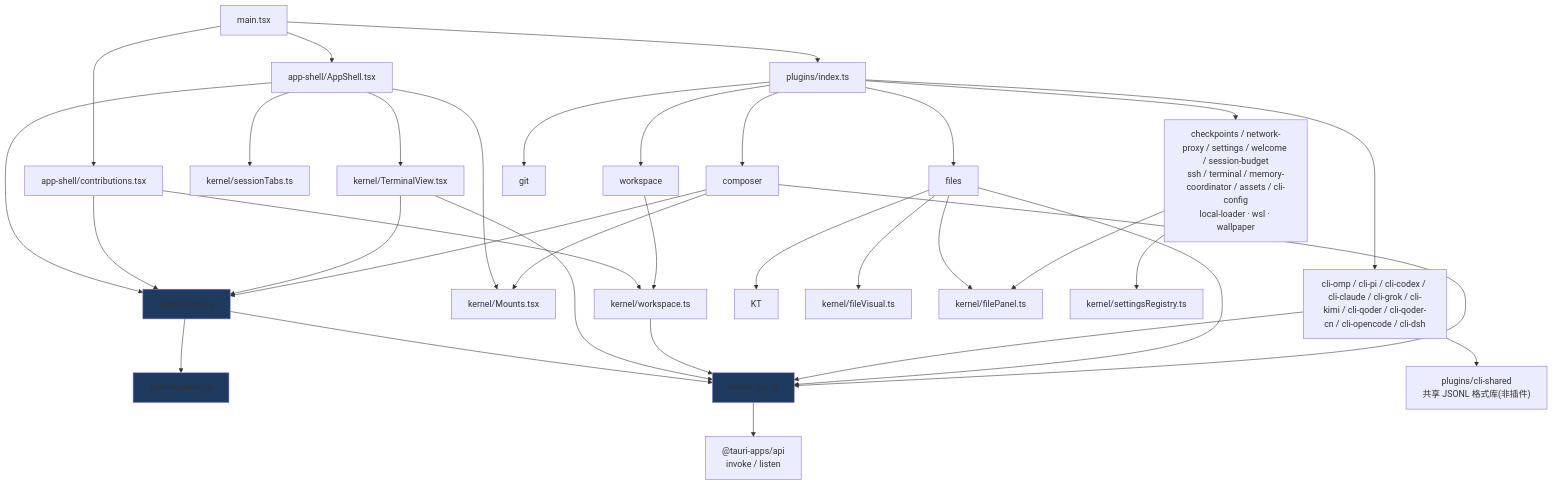
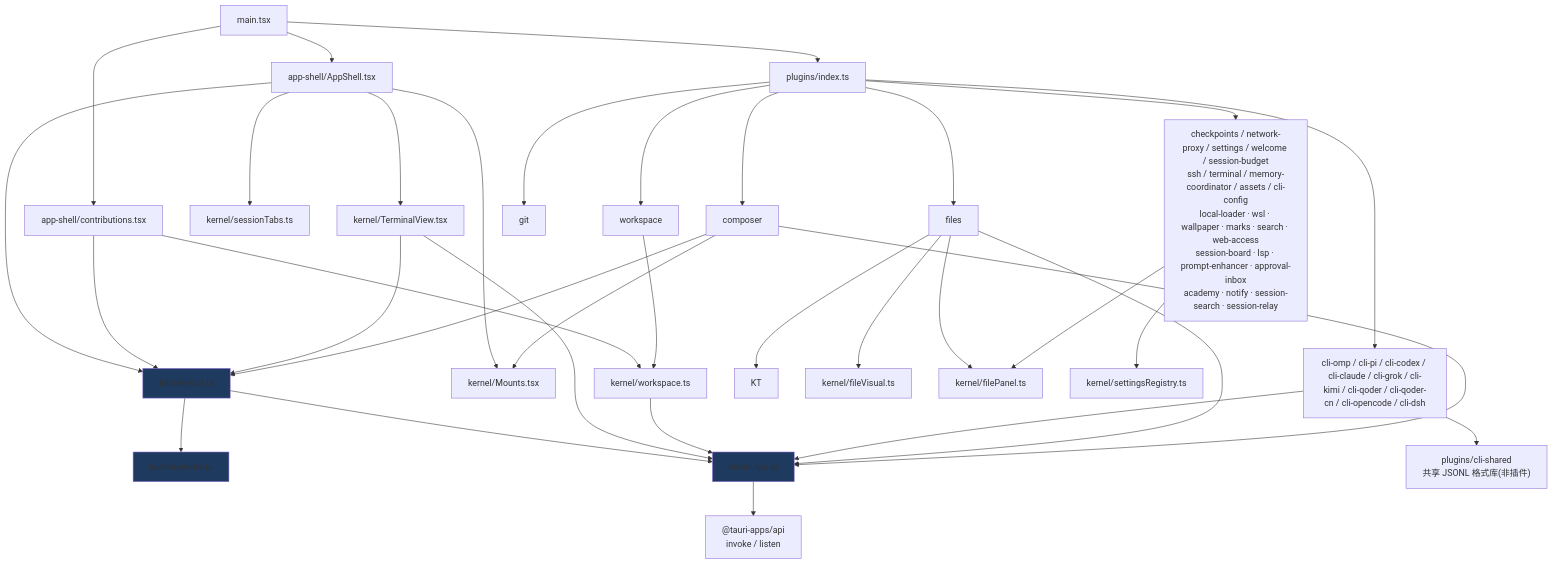
The eighth of 8 diagrams in docs/architecture/02-code-architecture.md (chenxiangning/tmd-cli), drawn with Mermaid before and after one commit. The commit also changed other lines of this file and 31 other files, not shown here.

Commit message:
docs: 全量文档对码 v0.2.4——architecture 计数与图面重写、worktree 契约档 16 新建、FEATURES/README/README_EN 增量域补齐、十案归档收口

````diff
--- a/docs/architecture/02-code-architecture.md
+++ b/docs/architecture/02-code-architecture.md
@@ -440,39 +463,39 @@
 ```mermaid
 flowchart TD
     M["main.tsx"] --> AS["app-shell/AppShell.tsx"]
     M --> CT["app-shell/contributions.tsx"]
     M --> PI["plugins/index.ts"]
 
     AS --> KH["kernel/host.ts"]
     AS --> KM["kernel/Mounts.tsx"]
     AS --> KTV["kernel/TerminalView.tsx"]
     AS --> KST["kernel/sessionTabs.ts"]
     CT --> KH
     CT --> KW["kernel/workspace.ts"]
 
     PI --> P1["cli-omp / cli-pi / cli-codex / cli-claude / cli-grok / cli-kimi / cli-qoder / cli-qoder-cn / cli-opencode / cli-dsh"]
     PI --> P2["workspace"]
     PI --> P3["files"]
     PI --> P4["git"]
     PI --> P5["composer"]
-    PI --> P6["checkpoints / network-proxy / settings / welcome / session-budget<br/>ssh / terminal / memory-coordinator / assets / cli-config<br/>local-loader · wsl · wallpaper"]
+    PI --> P6["checkpoints / network-proxy / settings / welcome / session-budget<br/>ssh / terminal / memory-coordinator / assets / cli-config<br/>local-loader · wsl · wallpaper · marks · search · web-access<br/>session-board · lsp · prompt-enhancer · approval-inbox<br/>academy · notify · session-search · session-relay"]
 
     KH --> KE["kernel/events.ts"]
     KH --> KI["kernel/ipc.ts"]
     KTV --> KI
     KTV --> KH
     KW --> KI
 
     P1 --> KI
     P1 --> SH["plugins/cli-shared<br/>共享 JSONL 格式库(非插件)"]
     P2 --> KW
     P3 --> KI & KT & KFV["kernel/fileVisual.ts"] & KFP["kernel/filePanel.ts"]
     P6 --> KFP & KSR["kernel/settingsRegistry.ts"]
     P5 --> KH & KM & KI
 
     KI --> TAPI["@tauri-apps/api<br/>invoke / listen"]
 
     style KE fill:#1e3a5f
     style KI fill:#1e3a5f
     style KH fill:#1e3a5f
 ```
````
